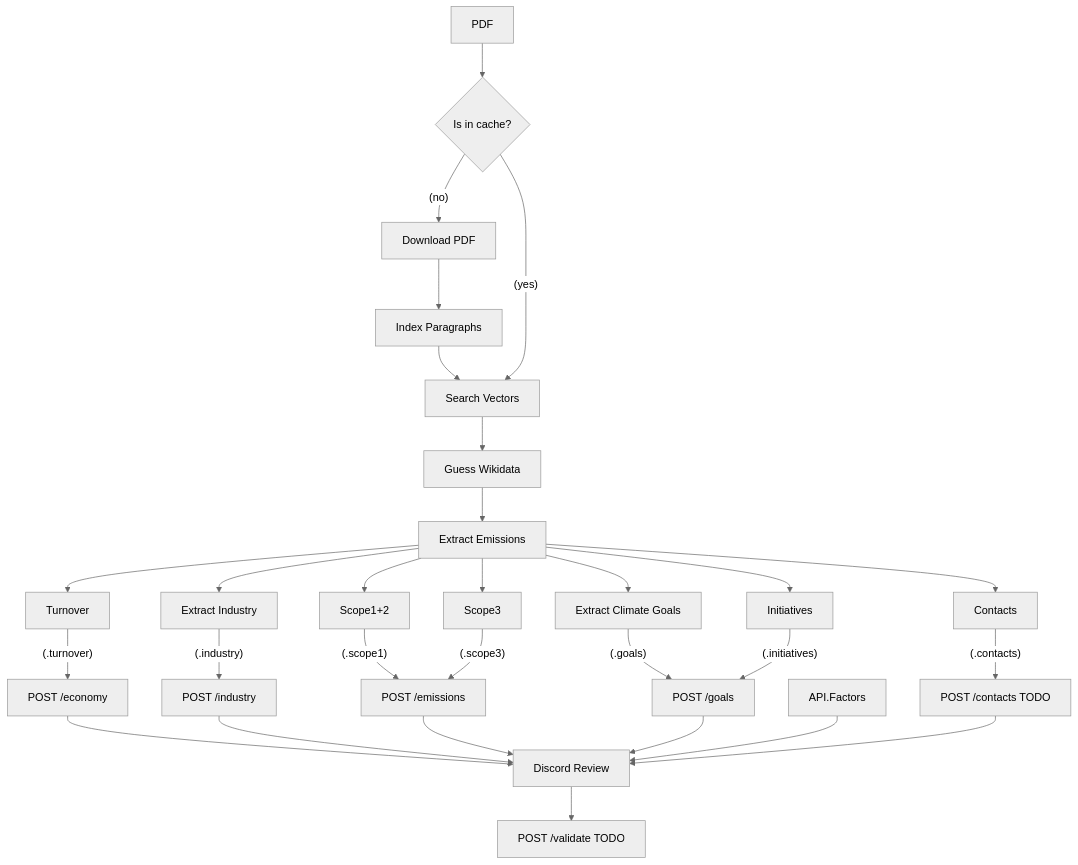
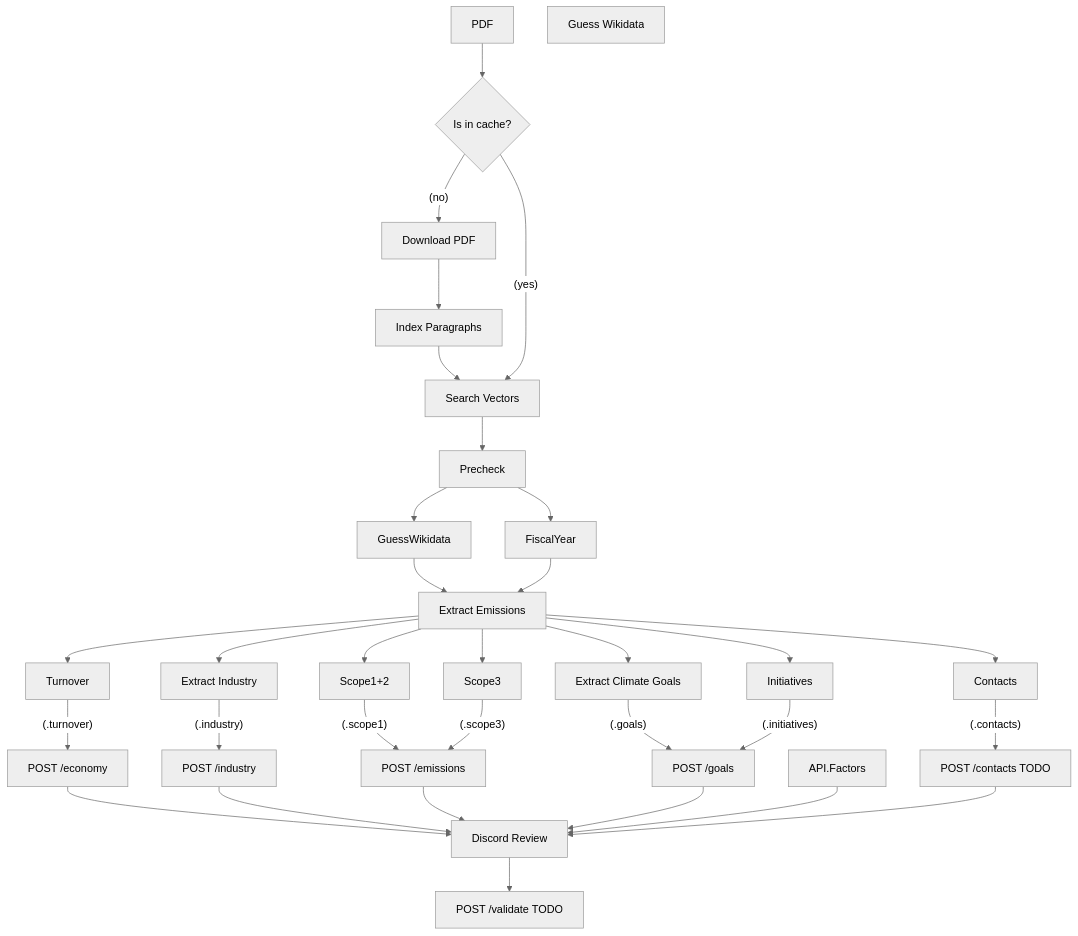
One commit to Klimatbyran/garbo changed the diagram in README.md. Above: the diagram before and after it, drawn with Mermaid (neutral theme). The commit also changed 1 other file, not shown here.

Commit message:
wip: precheck

````diff
--- a/README.md
+++ b/README.md
@@ -19,43 +19,46 @@
 ```mermaid
 flowchart TB
 
     PDF[PDF]
     Cache{Is in cache?}
     Download[Download PDF]
     Index[Index Paragraphs]
     Search[Search Vectors]
     Emissions[Extract Emissions]
     Wikidata[Guess Wikidata]
 
     API.Economy[POST /economy]
     API.Industry[POST /industry]
     API.Emissions[POST /emissions]
     API.Goals[POST /goals]
     API.Contacts[POST /contacts TODO]
     API.Review[POST /validate TODO]
 
     Industry[Extract Industry]
     Goals[Extract Climate Goals]
     Review[Discord Review]
 
+    Precheck --> GuessWikidata --> Emissions
+    Precheck --> FiscalYear --> Emissions
 
-    PDF --> Cache --(no)--> Download --> Index --> Search --> Wikidata --> Emissions
+    PDF --> Cache --(no)--> Download --> Index --> Search --> Precheck
+
     Cache --(yes)--> Search
 
     Emissions --> Industry --(.industry)--> API.Industry
     Emissions --> Scope1+2 --(.scope1)--> API.Emissions
     Emissions --> Scope3 --(.scope3)--> API.Emissions
     Emissions --> Goals --(.goals)--> API.Goals
     Emissions --> Initiatives --(.initiatives)--> API.Goals
     Emissions --> Contacts --(.contacts)--> API.Contacts
     Emissions --> Turnover --(.turnover)--> API.Economy
 
     API.Economy --> Review
     API.Industry --> Review
     API.Emissions --> Review
     API.Goals --> Review
     API.Factors --> Review
     API.Contacts --> Review
 
     Review --> API.Review
 ```
````
